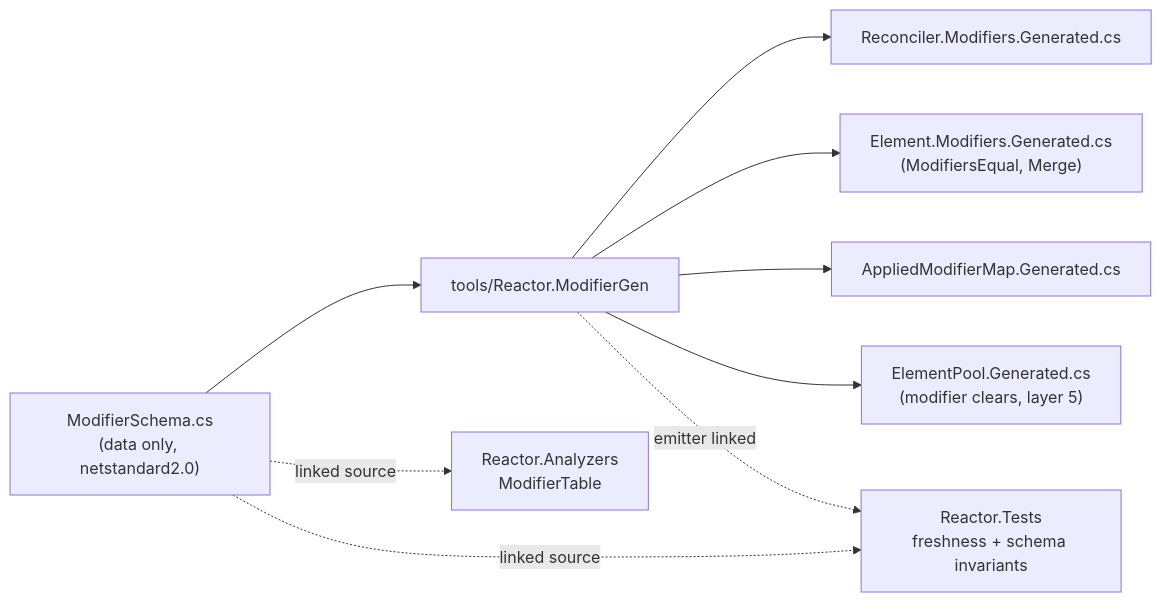
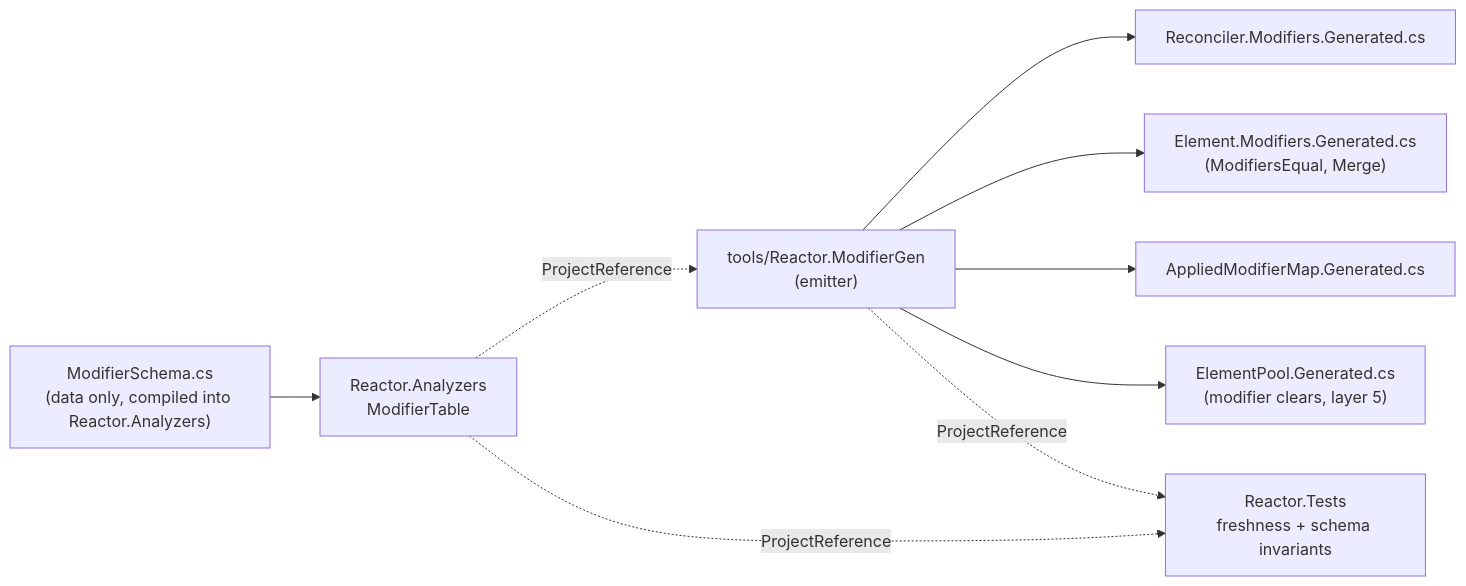
One commit to microsoft/microsoft-ui-reactor changed the diagram in docs/specs/067-table-driven-modifiers.md. Above: the diagram before and after it, drawn with Mermaid. The commit also changed other lines of this file, not shown here.

````diff
--- a/docs/specs/067-table-driven-modifiers.md
+++ b/docs/specs/067-table-driven-modifiers.md
@@ -153,16 +160,16 @@
 ```mermaid
 flowchart LR
-    S["ModifierSchema.cs<br/>(data only, netstandard2.0)"]
-    T["tools/Reactor.ModifierGen"]
+    S["ModifierSchema.cs<br/>(data only, compiled into Reactor.Analyzers)"]
+    T["tools/Reactor.ModifierGen<br/>(emitter)"]
     G1["Reconciler.Modifiers.Generated.cs"]
     G2["Element.Modifiers.Generated.cs<br/>(ModifiersEqual, Merge)"]
     G3["AppliedModifierMap.Generated.cs"]
     G4["ElementPool.Generated.cs<br/>(modifier clears, layer 5)"]
     A["Reactor.Analyzers<br/>ModifierTable"]
     X["Reactor.Tests<br/>freshness + schema invariants"]
-    S --> T
+    S --> A
+    A -. ProjectReference .-> T
     T --> G1 & G2 & G3 & G4
-    S -. linked source .-> A
-    S -. linked source .-> X
-    T -. emitter linked .-> X
+    T -. ProjectReference .-> X
+    A -. ProjectReference .-> X
 ```
````
